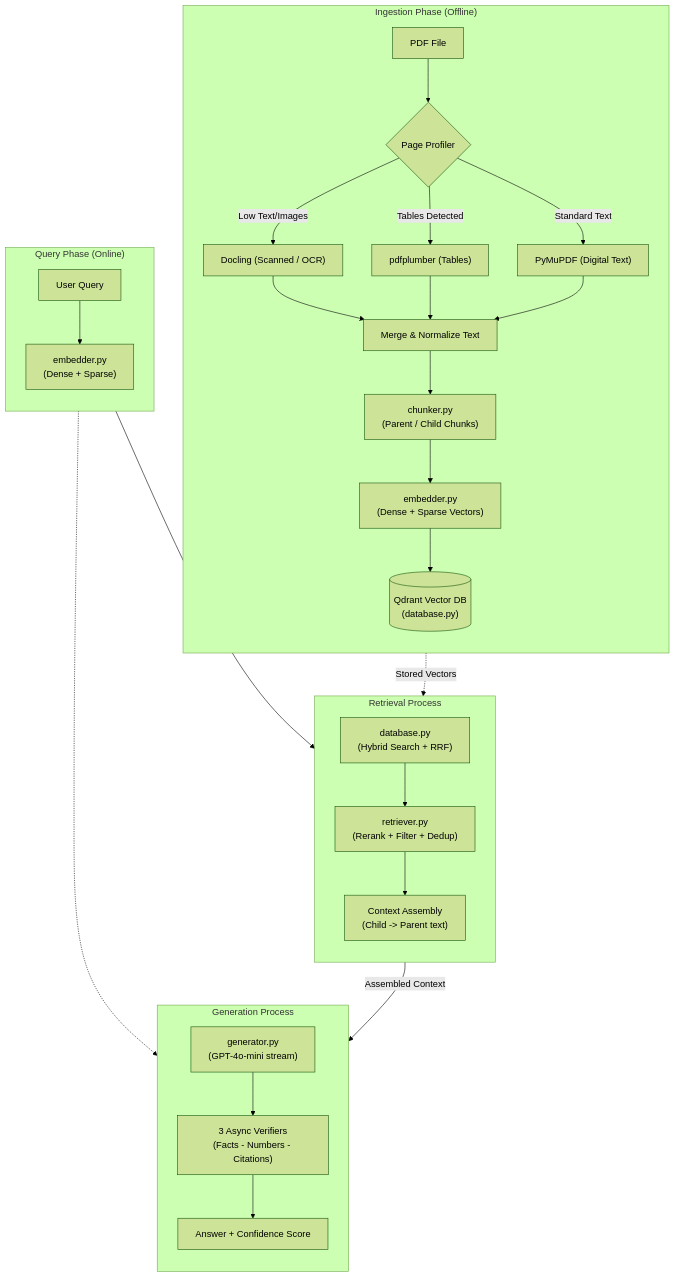
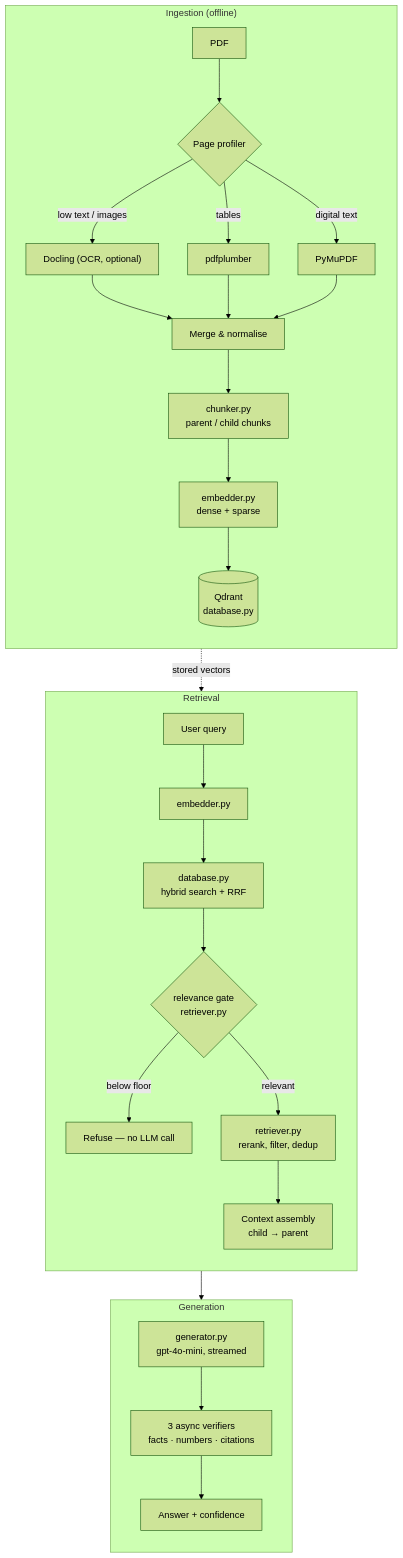
The diagram in README.md (IvaP10/StructRAG), drawn with Mermaid (forest theme) before and after one commit. The commit also changed other lines of this file and 1 other file, not shown here.

````diff
--- a/README.md
+++ b/README.md
@@ -34,46 +50,35 @@
 ```mermaid
 flowchart TB
-    %% Ingestion Phase
-    subgraph Ingestion["Ingestion Phase (Offline)"]
+    subgraph Ingestion["Ingestion (offline)"]
         direction TB
-        PDF["PDF File"] --> Profiler{"Page Profiler"}
-        
-        Profiler -- "Low Text/Images" --> Docling["Docling (Scanned / OCR)"]
-        Profiler -- "Tables Detected" --> Plumber["pdfplumber (Tables)"]
-        Profiler -- "Standard Text" --> PyMuPDF["PyMuPDF (Digital Text)"]
-        
-        Docling --> Merge["Merge & Normalize Text"]
+        PDF["PDF"] --> Profiler{"Page profiler"}
+        Profiler -- "low text / images" --> Docling["Docling (OCR, optional)"]
+        Profiler -- "tables" --> Plumber["pdfplumber"]
+        Profiler -- "digital text" --> PyMuPDF["PyMuPDF"]
+        Docling --> Merge["Merge & normalise"]
         Plumber --> Merge
         PyMuPDF --> Merge
-        
-        Merge --> Chunker["chunker.py<br/>(Parent / Child Chunks)"]
-        Chunker --> Embedder["embedder.py<br/>(Dense + Sparse Vectors)"]
-        Embedder --> DB[("Qdrant Vector DB<br/>(database.py)")]
+        Merge --> Chunker["chunker.py<br/>parent / child chunks"]
+        Chunker --> Embedder["embedder.py<br/>dense + sparse"]
+        Embedder --> DB[("Qdrant<br/>database.py")]
     end
 
-    %% Query Phase
-    subgraph Query["Query Phase (Online)"]
+    subgraph Retrieval["Retrieval"]
         direction TB
-        UserQuery["User Query"] --> QueryEmbed["embedder.py<br/>(Dense + Sparse)"]
+        Query["User query"] --> QEmbed["embedder.py"]
+        QEmbed --> Search["database.py<br/>hybrid search + RRF"]
+        Search --> Gate{"relevance gate<br/>retriever.py"}
+        Gate -- "below floor" --> Refuse["Refuse — no LLM call"]
+        Gate -- "relevant" --> Retrieve["retriever.py<br/>rerank, filter, dedup"]
+        Retrieve --> Context["Context assembly<br/>child → parent"]
     end
 
-    %% Retrieval Phase
-    subgraph Retrieval["Retrieval Process"]
+    subgraph Generation["Generation"]
         direction TB
-        Search["database.py<br/>(Hybrid Search + RRF)"] --> Retrieve["retriever.py<br/>(Rerank + Filter + Dedup)"]
-        Retrieve --> Context["Context Assembly<br/>(Child -> Parent text)"]
+        Gen["generator.py<br/>gpt-4o-mini, streamed"] --> Verify["3 async verifiers<br/>facts · numbers · citations"]
+        Verify --> Output["Answer + confidence"]
     end
 
-    %% Generation Phase
-    subgraph Generation["Generation Process"]
-        direction TB
-        Gen["generator.py<br/>(GPT-4o-mini stream)"] --> Verify["3 Async Verifiers<br/>(Facts - Numbers - Citations)"]
-        Verify --> Output["Answer + Confidence Score"]
-    end
-
-    %% Cross-phase connections
-    DB -. "Stored Vectors" .-> Search
-    QueryEmbed --> Search
-    UserQuery -.-> Gen
-    Context -- "Assembled Context" --> Gen
+    DB -. "stored vectors" .-> Search
+    Context --> Gen
 ```
````
